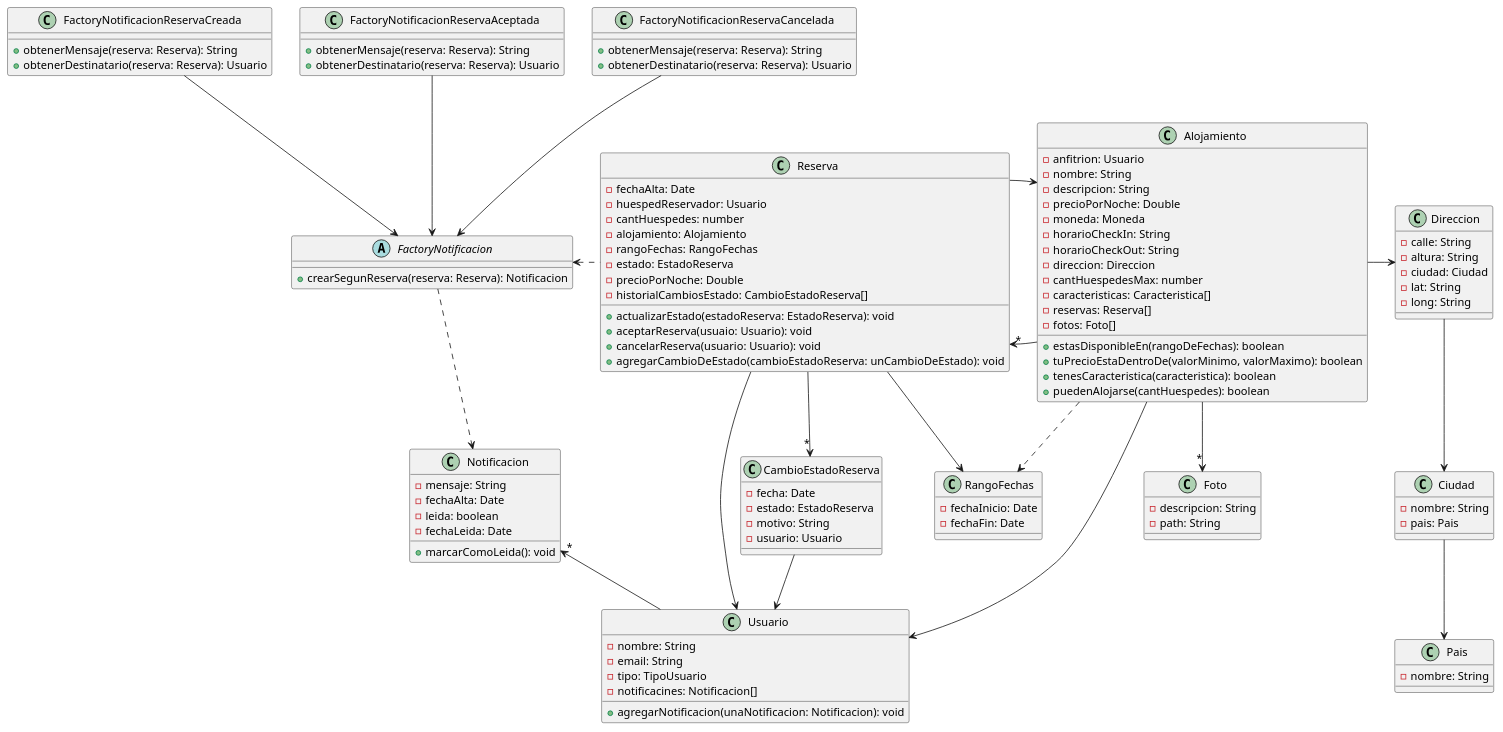
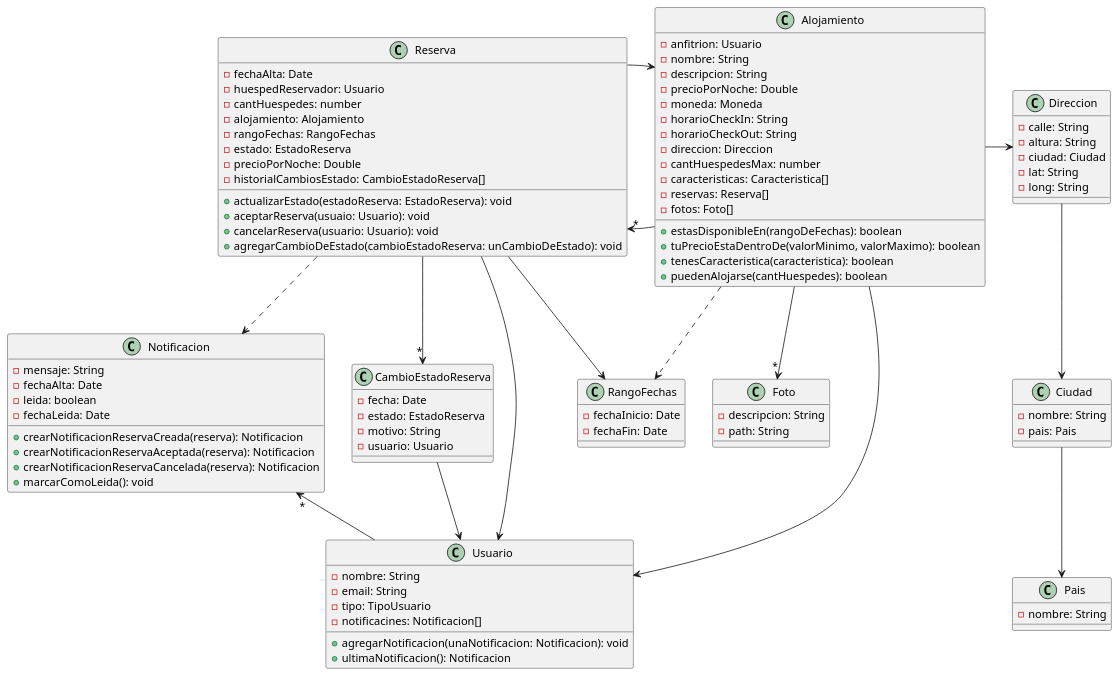
Before and after one commit to lrizzitano/TP-DdS-2025-1C-Birbnb: the diagram in diagrama-clases.plantuml, drawn with PlantUML.

Commit message:
actualizo diagrama

```diff
--- a/diagrama-clases.plantuml
+++ b/diagrama-clases.plantuml
@@ -1,135 +1,115 @@
 @startuml birbnb
 
 class Alojamiento {
   - anfitrion: Usuario
   - nombre: String
   - descripcion: String
   - precioPorNoche: Double
   - moneda: Moneda
   - horarioCheckIn: String
   - horarioCheckOut: String
   - direccion: Direccion
   - cantHuespedesMax: number
   - caracteristicas: Caracteristica[]
   - reservas: Reserva[]
   - fotos: Foto[]
 
   + estasDisponibleEn(rangoDeFechas): boolean
   + tuPrecioEstaDentroDe(valorMinimo, valorMaximo): boolean
   + tenesCaracteristica(caracteristica): boolean
   + puedenAlojarse(cantHuespedes): boolean
 }
 
 class Foto {
   - descripcion: String
   - path: String
 }
 
 class Direccion {
   - calle: String
   - altura: String
   - ciudad: Ciudad
   - lat: String
   - long: String
 }
 
 class Ciudad {
   - nombre: String
   - pais: Pais
 }
 
 class Pais {
   - nombre: String
 }
 
 class RangoFechas {
   - fechaInicio: Date
   - fechaFin: Date
 }
 
 class Reserva {
   - fechaAlta: Date
   - huespedReservador: Usuario
   - cantHuespedes: number
   - alojamiento: Alojamiento
   - rangoFechas: RangoFechas
   - estado: EstadoReserva
   - precioPorNoche: Double
   - historialCambiosEstado: CambioEstadoReserva[]
 
   + actualizarEstado(estadoReserva: EstadoReserva): void
   + aceptarReserva(usuaio: Usuario): void
   + cancelarReserva(usuario: Usuario): void
   + agregarCambioDeEstado(cambioEstadoReserva: unCambioDeEstado): void
 }
 
 class CambioEstadoReserva {
   - fecha: Date
   - estado: EstadoReserva
   - motivo: String
   - usuario: Usuario
 }
 
-abstract class FactoryNotificacion {
-  + crearSegunReserva(reserva: Reserva): Notificacion
-}
-
-class FactoryNotificacionReservaCreada {
-  + obtenerMensaje(reserva: Reserva): String
-  + obtenerDestinatario(reserva: Reserva): Usuario
-}
-
-class FactoryNotificacionReservaAceptada {
-  + obtenerMensaje(reserva: Reserva): String
-  + obtenerDestinatario(reserva: Reserva): Usuario
-}
-
-class FactoryNotificacionReservaCancelada {
-  + obtenerMensaje(reserva: Reserva): String
-  + obtenerDestinatario(reserva: Reserva): Usuario
-}
-
 class Notificacion {
   - mensaje: String
   - fechaAlta: Date
   - leida: boolean
   - fechaLeida: Date
 
+  + crearNotificacionReservaCreada(reserva): Notificacion
+  + crearNotificacionReservaAceptada(reserva): Notificacion
+  + crearNotificacionReservaCancelada(reserva): Notificacion
   + marcarComoLeida(): void
 }
 
 class Usuario {
   - nombre: String
   - email: String
   - tipo: TipoUsuario
   - notificacines: Notificacion[]
 
   + agregarNotificacion(unaNotificacion: Notificacion): void
+  + ultimaNotificacion(): Notificacion
 }
 
 Alojamiento -> Direccion
 Alojamiento -->"*" Foto
 Alojamiento --> Usuario
 Alojamiento ..> RangoFechas
 Alojamiento -l->"*" Reserva
 
 Reserva -r-> Alojamiento
 Reserva -l-> RangoFechas
 Reserva --> Usuario
 Reserva -->"*" CambioEstadoReserva
-Reserva .l.> FactoryNotificacion
 
 Direccion --> Ciudad
 Ciudad --> Pais
 
 CambioEstadoReserva --> Usuario
 
 Usuario -u->"*" Notificacion
 
-FactoryNotificacion ..> Notificacion
-
-FactoryNotificacionReservaCreada --> FactoryNotificacion
-FactoryNotificacionReservaAceptada --> FactoryNotificacion
-FactoryNotificacionReservaCancelada --> FactoryNotificacion
+Reserva .d.> Notificacion
 
 @enduml
```
